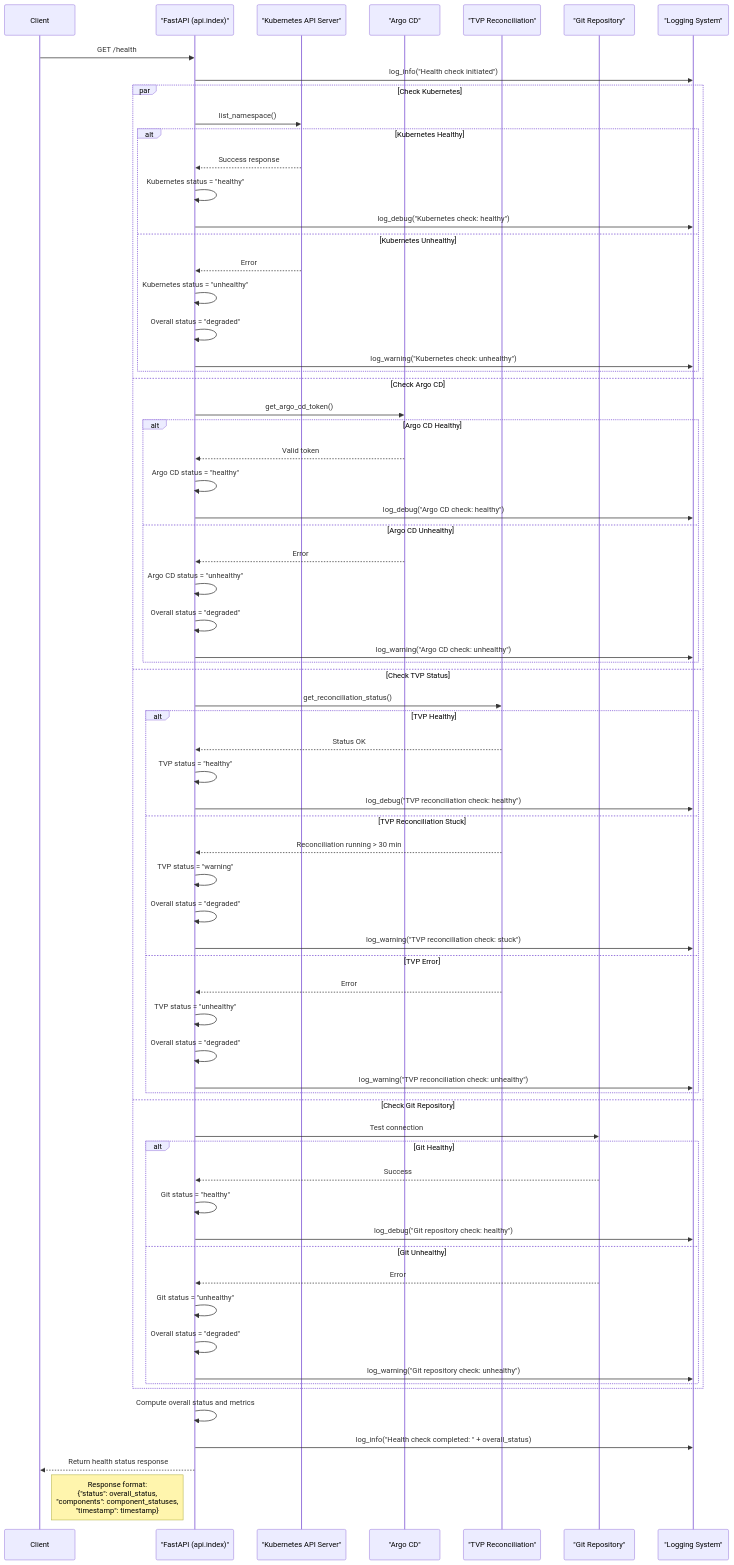
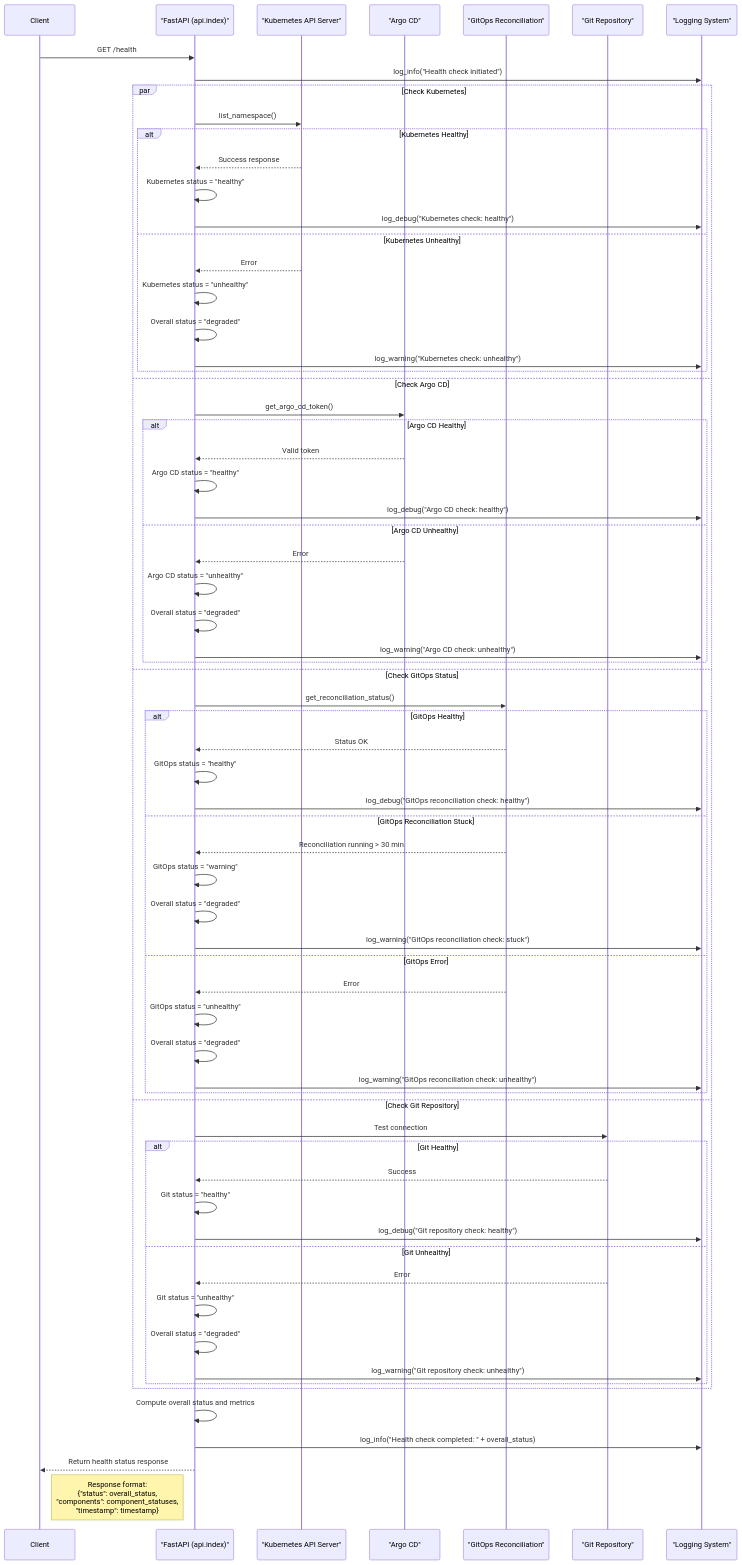
One commit to lloydchang/tvp-k8s changed the seventh of 11 diagrams in README.md. Above: the diagram before and after it, drawn with Mermaid. The commit also changed other lines of this file and 15 other files, not shown here.

````diff
--- a/README.md
+++ b/README.md
@@ -640,73 +640,73 @@
 ```mermaid
 sequenceDiagram
     participant Client
     participant FastAPI as "FastAPI (api.index)"
     participant Kubernetes as "Kubernetes API Server"
     participant ArgoCD as "Argo CD"
-    participant TVP as "TVP Reconciliation"
+    participant GitOps as "GitOps Reconciliation"
     participant Git as "Git Repository"
     participant Logger as "Logging System"
     
     Client->>FastAPI: GET /health
     FastAPI->>Logger: log_info("Health check initiated")
     
     par Check Kubernetes
         FastAPI->>Kubernetes: list_namespace()
         alt Kubernetes Healthy
             Kubernetes-->>FastAPI: Success response
             FastAPI->>FastAPI: Kubernetes status = "healthy"
             FastAPI->>Logger: log_debug("Kubernetes check: healthy")
         else Kubernetes Unhealthy
             Kubernetes-->>FastAPI: Error
             FastAPI->>FastAPI: Kubernetes status = "unhealthy"
             FastAPI->>FastAPI: Overall status = "degraded"
             FastAPI->>Logger: log_warning("Kubernetes check: unhealthy")
         end
     and Check Argo CD
         FastAPI->>ArgoCD: get_argo_cd_token()
         alt Argo CD Healthy
             ArgoCD-->>FastAPI: Valid token
             FastAPI->>FastAPI: Argo CD status = "healthy"
             FastAPI->>Logger: log_debug("Argo CD check: healthy")
         else Argo CD Unhealthy
             ArgoCD-->>FastAPI: Error
             FastAPI->>FastAPI: Argo CD status = "unhealthy"
             FastAPI->>FastAPI: Overall status = "degraded"
             FastAPI->>Logger: log_warning("Argo CD check: unhealthy")
         end
-    and Check TVP Status
-        FastAPI->>TVP: get_reconciliation_status()
-        alt TVP Healthy
-            TVP-->>FastAPI: Status OK
-            FastAPI->>FastAPI: TVP status = "healthy"
-            FastAPI->>Logger: log_debug("TVP reconciliation check: healthy")
-        else TVP Reconciliation Stuck
-            TVP-->>FastAPI: Reconciliation running > 30 min
-            FastAPI->>FastAPI: TVP status = "warning"
+    and Check GitOps Status
+        FastAPI->>GitOps: get_reconciliation_status()
+        alt GitOps Healthy
+            GitOps-->>FastAPI: Status OK
+            FastAPI->>FastAPI: GitOps status = "healthy"
+            FastAPI->>Logger: log_debug("GitOps reconciliation check: healthy")
+        else GitOps Reconciliation Stuck
+            GitOps-->>FastAPI: Reconciliation running > 30 min
+            FastAPI->>FastAPI: GitOps status = "warning"
             FastAPI->>FastAPI: Overall status = "degraded"
-            FastAPI->>Logger: log_warning("TVP reconciliation check: stuck")
-        else TVP Error
-            TVP-->>FastAPI: Error
-            FastAPI->>FastAPI: TVP status = "unhealthy"
+            FastAPI->>Logger: log_warning("GitOps reconciliation check: stuck")
+        else GitOps Error
+            GitOps-->>FastAPI: Error
+            FastAPI->>FastAPI: GitOps status = "unhealthy"
             FastAPI->>FastAPI: Overall status = "degraded"
-            FastAPI->>Logger: log_warning("TVP reconciliation check: unhealthy")
+            FastAPI->>Logger: log_warning("GitOps reconciliation check: unhealthy")
         end
     and Check Git Repository
         FastAPI->>Git: Test connection
         alt Git Healthy
             Git-->>FastAPI: Success
             FastAPI->>FastAPI: Git status = "healthy"
             FastAPI->>Logger: log_debug("Git repository check: healthy")
         else Git Unhealthy
             Git-->>FastAPI: Error
             FastAPI->>FastAPI: Git status = "unhealthy"
             FastAPI->>FastAPI: Overall status = "degraded"
             FastAPI->>Logger: log_warning("Git repository check: unhealthy")
         end
     end
     
     FastAPI->>FastAPI: Compute overall status and metrics
     FastAPI->>Logger: log_info("Health check completed: " + overall_status)
     FastAPI-->>Client: Return health status response
     Note right of Client: Response format:<br>{"status": overall_status,<br>"components": component_statuses,<br>"timestamp": timestamp}
 ```
````
